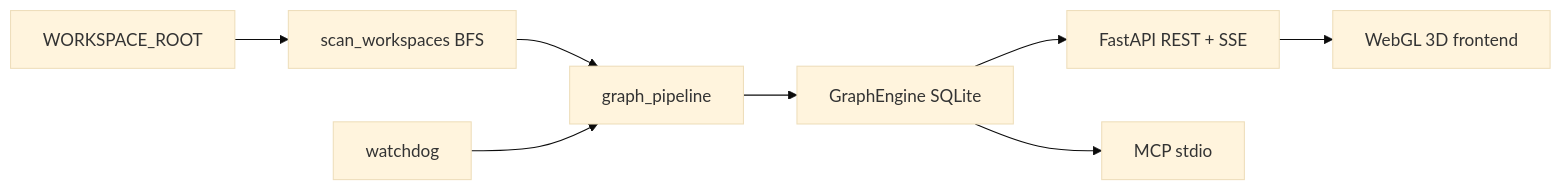
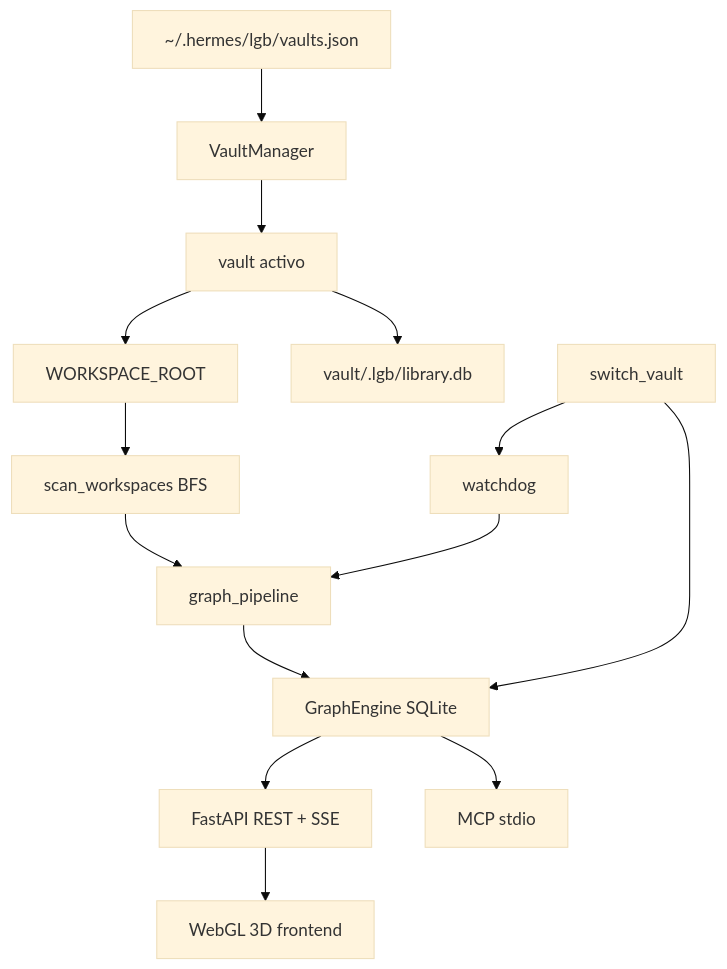
Before and after one commit to Grizaceo/la-gran-biblioteca: the diagram in docs/ARQUITECTURA.md, drawn with Mermaid (base theme). The commit also changed other lines of this file and 51 other files, not shown here.

First line of the commit message:
fix(multi-vault): stale engine on switch and runtime workspace root

````diff
--- a/docs/ARQUITECTURA.md
+++ b/docs/ARQUITECTURA.md
@@ -11,10 +11,16 @@
 ```mermaid
-flowchart LR
-  Vault[WORKSPACE_ROOT] --> Scanner[scan_workspaces BFS]
+flowchart TB
+  Registry["~/.hermes/lgb/vaults.json"] --> VM[VaultManager]
+  VM --> Active[vault activo]
+  Active --> Root[WORKSPACE_ROOT]
+  Active --> VDB["vault/.lgb/library.db"]
+  Root --> Scanner[scan_workspaces BFS]
   Scanner --> Pipeline[graph_pipeline]
   Pipeline --> Engine[GraphEngine SQLite]
   Engine --> API[FastAPI REST + SSE]
   Engine --> MCP[MCP stdio]
   API --> UI[WebGL 3D frontend]
   Watcher[watchdog] --> Pipeline
+  Switch[switch_vault] --> Engine
+  Switch --> Watcher
 ```
````
